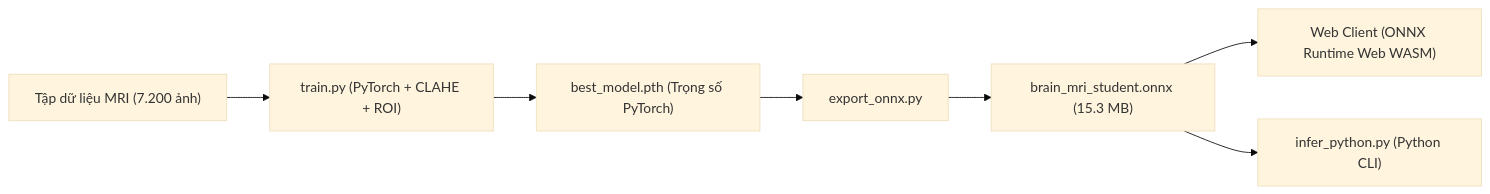
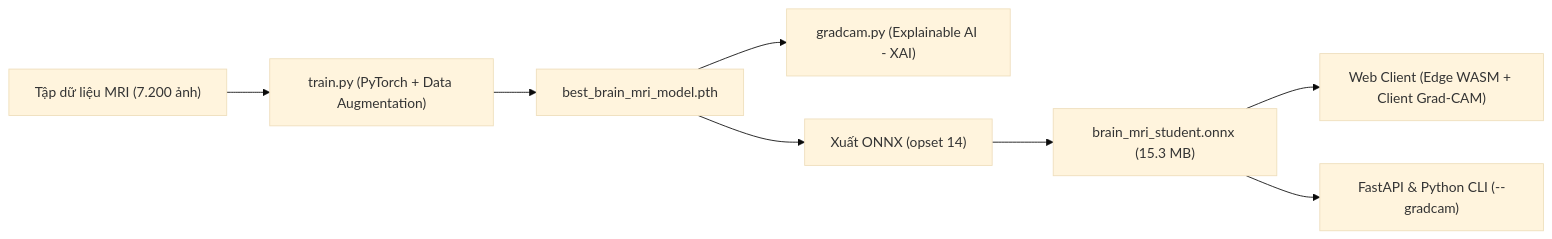
Before and after one commit to phammanh11/NeuroScanAI: the diagram in ai_engine/README.md, drawn with Mermaid (base theme). The commit also changed other lines of this file and 13 other files, not shown here.

Commit message:
Triển khai hoàn chỉnh vòng lặp huấn luyện PyTorch (ai_engine/train.py) và công nghệ Grad-CAM XAI đa nền tảng (Web Client, Python CLI, FastAPI)

````diff
--- a/ai_engine/README.md
+++ b/ai_engine/README.md
@@ -28,9 +29,10 @@
 ```mermaid
 flowchart LR
-    A["Tập dữ liệu MRI (7.200 ảnh)"] --> B["train.py (PyTorch + CLAHE + ROI)"]
-    B --> C["best_model.pth (Trọng số PyTorch)"]
-    C --> D["export_onnx.py"]
-    D --> E["brain_mri_student.onnx (15.3 MB)"]
-    E --> F["Web Client (ONNX Runtime Web WASM)"]
-    E --> G["infer_python.py (Python CLI)"]
+    A["Tập dữ liệu MRI (7.200 ảnh)"] --> B["train.py (PyTorch + Data Augmentation)"]
+    B --> C["best_brain_mri_model.pth"]
+    C --> D["gradcam.py (Explainable AI - XAI)"]
+    C --> E["Xuất ONNX (opset 14)"]
+    E --> F["brain_mri_student.onnx (15.3 MB)"]
+    F --> G["Web Client (Edge WASM + Client Grad-CAM)"]
+    F --> H["FastAPI & Python CLI (--gradcam)"]
 ```
````
